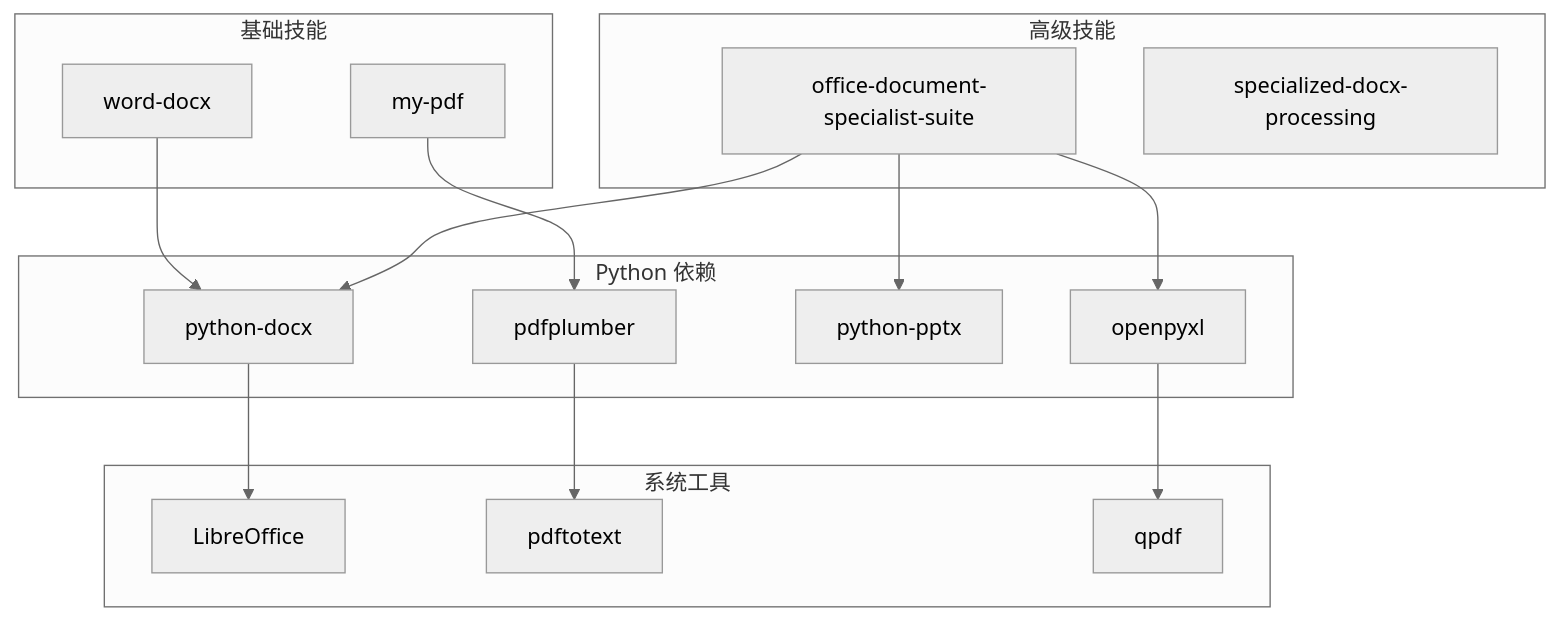
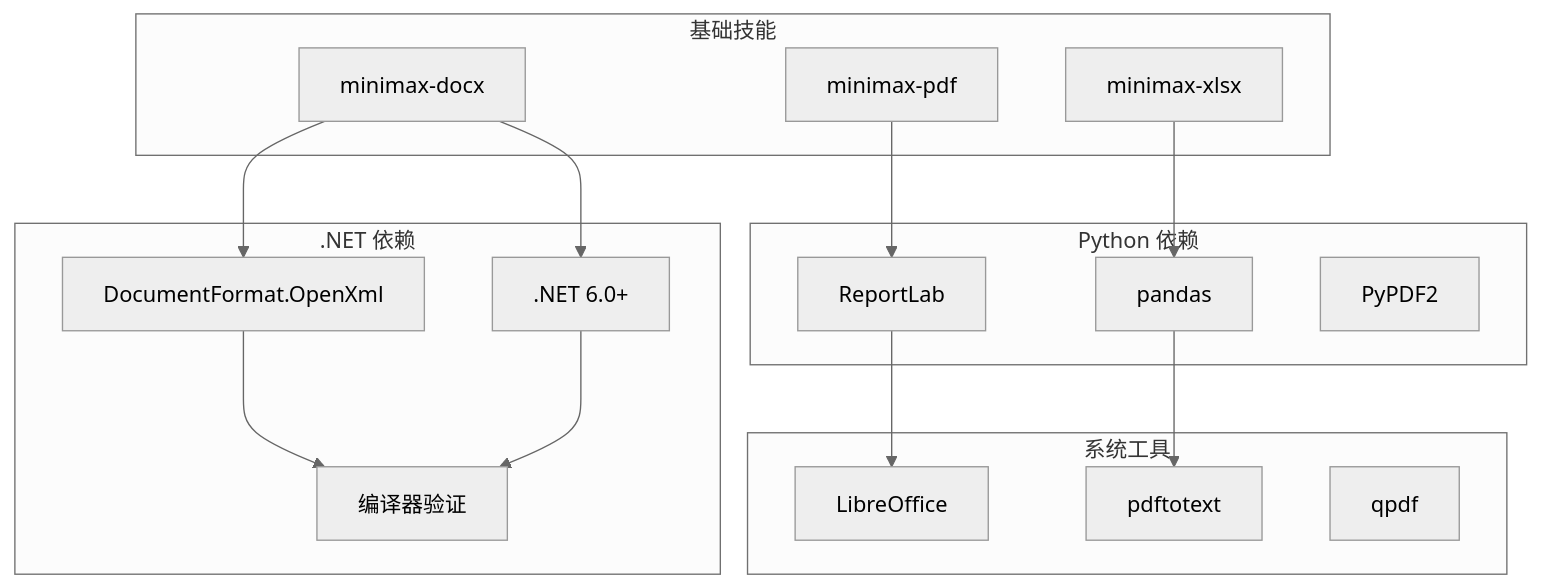
The seventh of 9 diagrams in .qoder/repowiki/zh/content/技能平台/内置技能/Word 文档处理技能.md (verse-ai-org/openclaw), drawn with Mermaid (neutral theme) before and after one commit. The commit also changed other lines of this file and 48 other files, not shown here.

````diff
--- a/.qoder/repowiki/zh/content/技能平台/内置技能/Word 文档处理技能.md
+++ b/.qoder/repowiki/zh/content/技能平台/内置技能/Word 文档处理技能.md
@@ -284,30 +297,31 @@
 ```mermaid
 graph TB
 subgraph "基础技能"
-A[word-docx]
-B[my-pdf]
+A[minimax-docx]
+B[minimax-pdf]
+C[minimax-xlsx]
 end
-subgraph "高级技能"
-C[office-document-specialist-suite]
-D[specialized-docx-processing]
+subgraph ".NET 依赖"
+D[DocumentFormat.OpenXml]
+E[.NET 6.0+]
+F[编译器验证]
 end
 subgraph "Python 依赖"
-E[python-docx]
-F[openpyxl]
-G[python-pptx]
-H[pdfplumber]
+G[pandas]
+H[ReportLab]
+I[PyPDF2]
 end
 subgraph "系统工具"
-I[LibreOffice]
-J[pdftotext]
-K[qpdf]
+J[LibreOffice]
+K[pdftotext]
+L[qpdf]
 end
+A --> D
 A --> E
-C --> E
-C --> F
+B --> H
 C --> G
-B --> H
-E --> I
+D --> F
+E --> F
 H --> J
-F --> K
+G --> K
 ```
````
